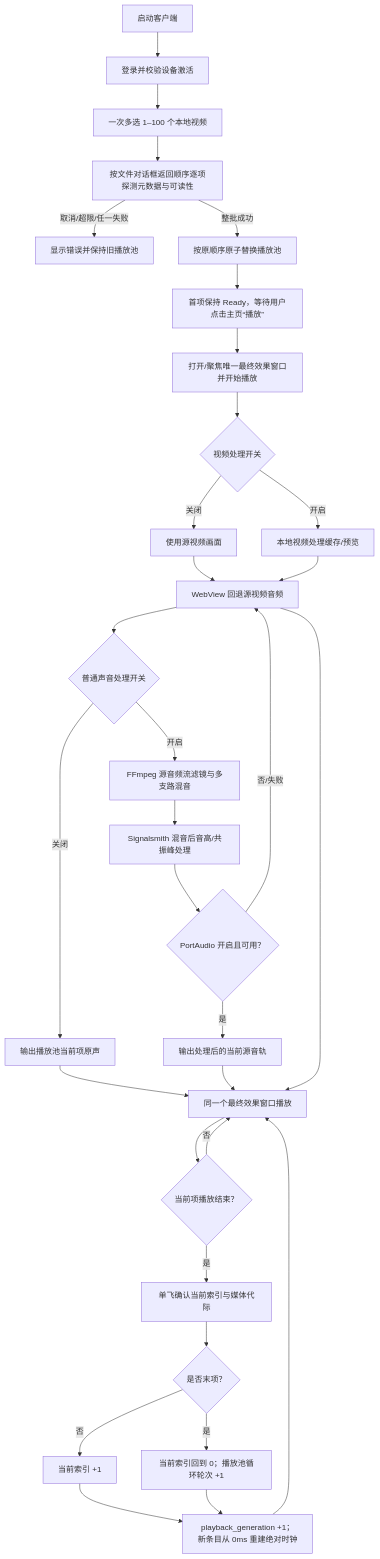
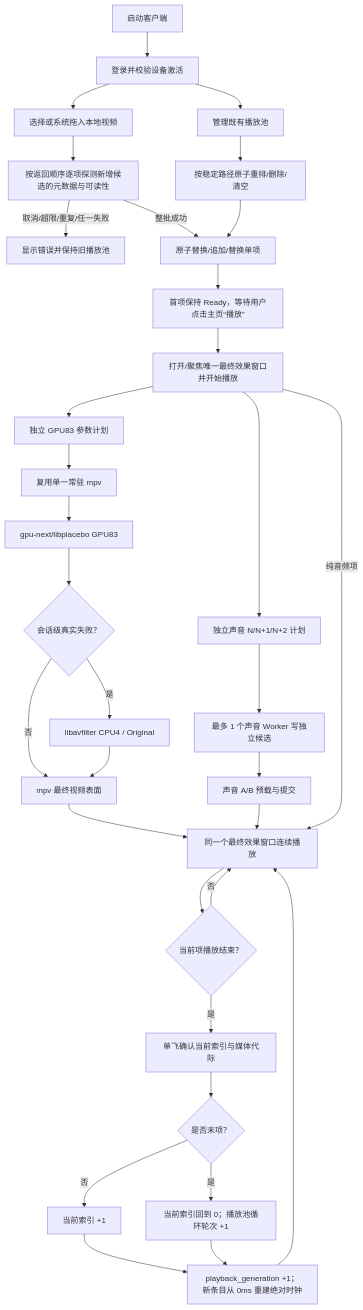
Before and after one commit to asd494235908/autolive: the first of 3 diagrams in 桌面客户端架构.md, drawn with Mermaid. The commit also changed other lines of this file and 302 other files, not shown here.

````diff
--- a/桌面客户端架构.md
+++ b/桌面客户端架构.md
@@ -119,34 +124,35 @@
 ```mermaid
 flowchart TD
     A[启动客户端] --> B[登录并校验设备激活]
-    B --> C[一次多选 1–100 个本地视频]
-    C --> D[按文件对话框返回顺序逐项探测元数据与可读性]
-    D -->|取消/超限/任一失败| Keep[显示错误并保持旧播放池]
-    D -->|整批成功| Pool[按原顺序原子替换播放池]
+    B --> C[选择或系统拖入本地视频]
+    C --> D[按返回顺序逐项探测新增候选的元数据与可读性]
+    D -->|取消/超限/重复/任一失败| Keep[显示错误并保持旧播放池]
+    D -->|整批成功| Pool[原子替换/追加/替换单项]
+    B --> Existing[管理既有播放池]
+    Existing --> Edit[按稳定路径原子重排/删除/清空]
+    Edit --> Pool
     Pool --> Ready[首项保持 Ready，等待用户点击主页“播放”]
     Ready --> Open[打开/聚焦唯一最终效果窗口并开始播放]
-    Open --> E{视频处理开关}
-    E -->|关闭| F[使用源视频画面]
-    E -->|开启| G[本地视频处理缓存/预览]
-    F --> I[当前视频画面]
-    G --> I
-    I --> AudioSwitch{普通声音处理开关}
-    AudioSwitch -->|关闭| L[输出播放池当前项原声]
-    AudioSwitch -->|开启| J[FFmpeg 源音频流滤镜与多支路混音]
-    J --> SS[Signalsmith 混音后音高/共振峰处理]
-    SS --> PA{PortAudio 开启且可用？}
-    PA -->|是| H[输出处理后的当前源音轨]
-    PA -->|否/失败| I[WebView 回退源视频音频]
-    L --> U[同一个最终效果窗口播放]
-    H --> U
-    I --> U
+    Open --> VideoPlan[独立 GPU83 参数计划]
+    Open --> AudioPlan[独立声音 N/N+1/N+2 计划]
+    VideoPlan --> MPV[复用单一常驻 mpv]
+    MPV --> GPU[gpu-next/libplacebo GPU83]
+    GPU --> Fallback{会话级真实失败？}
+    Fallback -->|是| CPU4[libavfilter CPU4 / Original]
+    Fallback -->|否| Surface[mpv 最终视频表面]
+    CPU4 --> Surface
+    AudioPlan --> AudioWorker[最多 1 个声音 Worker 写独立候选]
+    AudioWorker --> AudioAB[声音 A/B 预载与提交]
+    Surface --> U[同一个最终效果窗口连续播放]
+    AudioAB --> U
+    Open -->|纯音频项| U
     U --> V{当前项播放结束？}
     V -->|否| U
     V -->|是| Advance[单飞确认当前索引与媒体代际]
     Advance --> Last{是否末项？}
     Last -->|否| Next[当前索引 +1]
     Last -->|是| First[当前索引回到 0；播放池循环轮次 +1]
     Next --> Generation[playback_generation +1；新条目从 0ms 重建绝对时钟]
     First --> Generation
     Generation --> U
 ```
````
